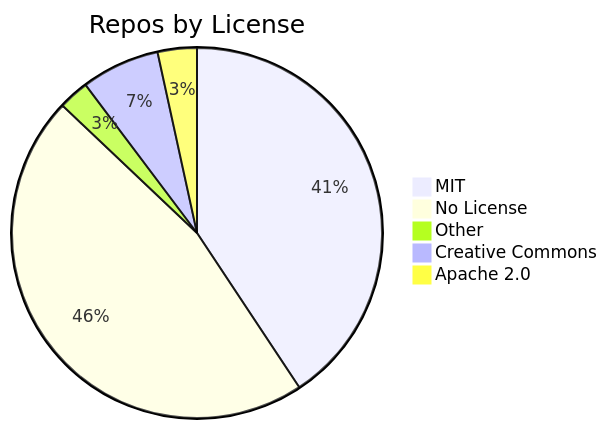
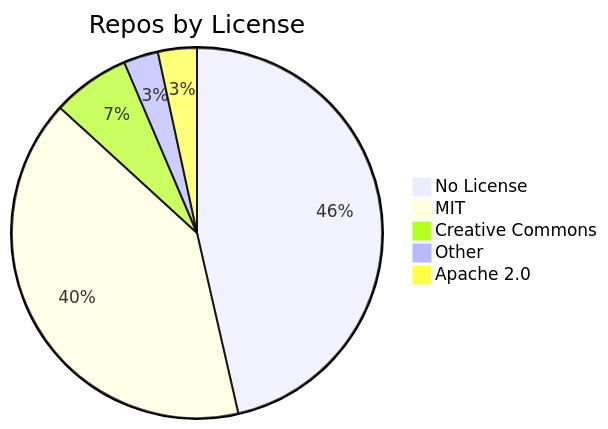
One commit to jpatterson933/awesome-mcp-server-repo-index changed the diagram in README.md. Above: the diagram before and after it, drawn with Mermaid. The commit also changed other lines of this file and 3 other files, not shown here.

````diff
--- a/README.md
+++ b/README.md
@@ -29,8 +29,8 @@
 ```mermaid
 pie title Repos by License
+    "No License" : 123
     "MIT" : 107
-    "No License" : 122
-    "Other" : 7
     "Creative Commons" : 18
+    "Other" : 8
     "Apache 2.0" : 9
 ```
````
